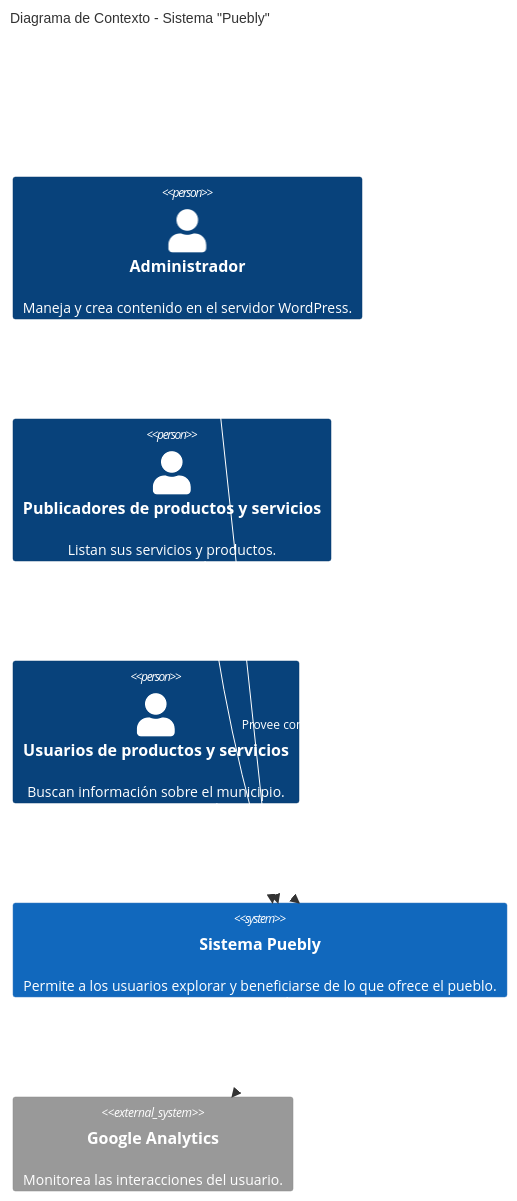
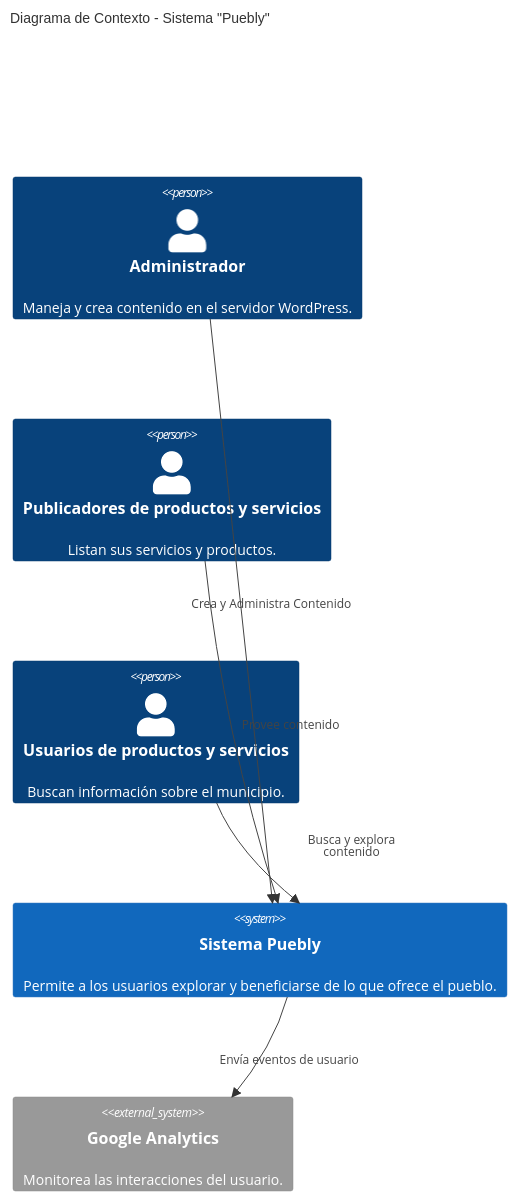
One commit to CristhianMoreno97/Puebly changed the second of 3 diagrams in c4Model.md. Above: the diagram before and after it, drawn with Mermaid.

Commit message:
docs: ajustar color del diagrama

````diff
--- a/c4Model.md
+++ b/c4Model.md
@@ -47,24 +47,24 @@
 ```mermaid
 %%{ init: { 'theme': 'base', "themeVariables": { 'fontFamily': 'Arial', 'fontSize': '14px' }}}%%
 C4Context
 
 title Diagrama de Contexto - Sistema "Puebly"
 
 Person(administrador, "Administrador", "Maneja y crea contenido en el servidor WordPress.")
 Person(publicadores, "Publicadores de productos y servicios", "Listan sus servicios y productos.")
 Person(usuarios, "Usuarios de productos y servicios", "Buscan información sobre el municipio.")
 
 System(puebly, "Sistema Puebly", "Permite a los usuarios explorar y beneficiarse de lo que ofrece el pueblo.")
 System_Ext(fireb, "Google Analytics", "Monitorea las interacciones del usuario.")
 
 Rel(administrador, puebly, "Crea y Administra Contenido")
 Rel(usuarios, puebly, "Busca y explora<br/> contenido")
 Rel_Down(publicadores, puebly, "Provee contenido")
 Rel(puebly, fireb, "Envía eventos de usuario")
 
 UpdateLayoutConfig($c4ShapeInRow="3")
-UpdateRelStyle(administrador, puebly, $lineColor="white", $textColor="white", $offsetX="-50", $offsetY="-10")
-UpdateRelStyle(publicadores, puebly, $lineColor="white", $textColor="white", $offsetX="0", $offsetY="-10")
-UpdateRelStyle(usuarios, puebly, $lineColor="white", $textColor="white", $offsetX="50", $offsetY="-10")
-UpdateRelStyle(puebly, fireb, $lineColor="white", $textColor="white", $offsetX="0", $offsetY="10")
+UpdateRelStyle(administrador, puebly, $offsetX="-50", $offsetY="-10")
+UpdateRelStyle(publicadores, puebly, $offsetX="0", $offsetY="-10")
+UpdateRelStyle(usuarios, puebly, $offsetX="50", $offsetY="-10")
+UpdateRelStyle(puebly, fireb, $offsetX="-40", $offsetY="10")
 ```
````
